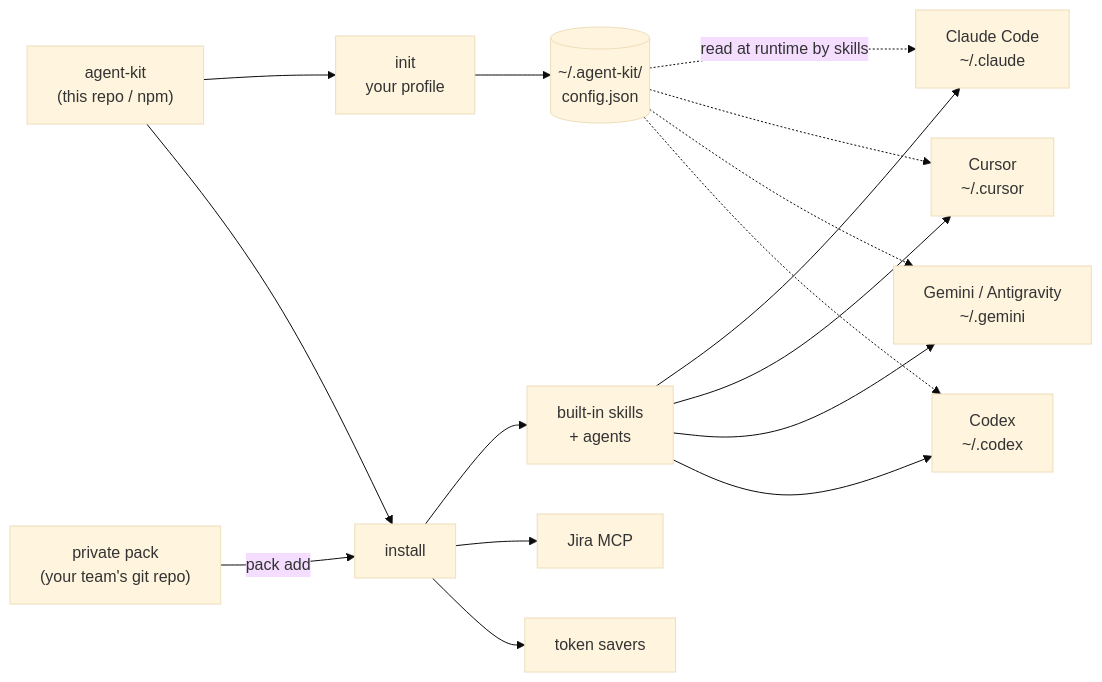
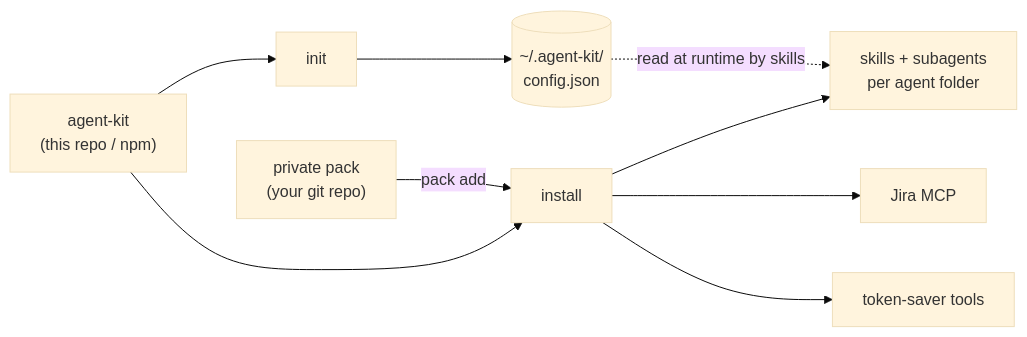
One commit to ednaaaj/movegent-kit changed the diagram in README.md. Above: the diagram before and after it, drawn with Mermaid (base theme). The commit also changed other lines of this file and 37 other files, not shown here.

Commit message:
refactor: ECC-style layout with manifests, schemas, docs, examples, tests, CI and governance files

````diff
--- a/README.md
+++ b/README.md
@@ -18,18 +29,11 @@
 ```mermaid
 flowchart LR
-    A["agent-kit<br/>(this repo / npm)"] --> B["init<br/>your profile"]
+    A["agent-kit<br/>(this repo / npm)"] --> B["init"]
     A --> C["install"]
     B --> D[("~/.agent-kit/<br/>config.json")]
-    C --> E["built-in skills<br/>+ agents"]
-    P["private pack<br/>(your team's git repo)"] -->|"pack add"| C
-    E --> F["Claude Code<br/>~/.claude"]
-    E --> G["Cursor<br/>~/.cursor"]
-    E --> H["Gemini / Antigravity<br/>~/.gemini"]
-    E --> I["Codex<br/>~/.codex"]
+    P["private pack<br/>(your git repo)"] -->|"pack add"| C
+    C --> E["skills + subagents<br/>per agent folder"]
     C --> J["Jira MCP"]
-    C --> K["token savers"]
-    D -. "read at runtime by skills" .-> F
-    D -.-> G
-    D -.-> H
-    D -.-> I
+    C --> K["token-saver tools"]
+    D -. "read at runtime by skills" .-> E
 ```
````
